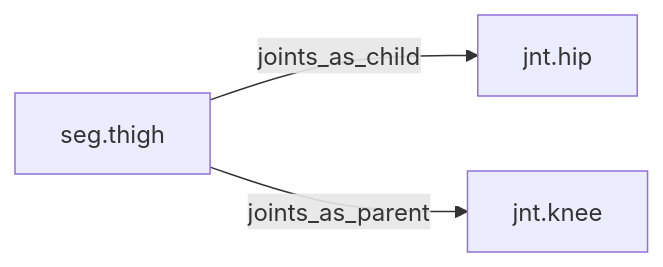
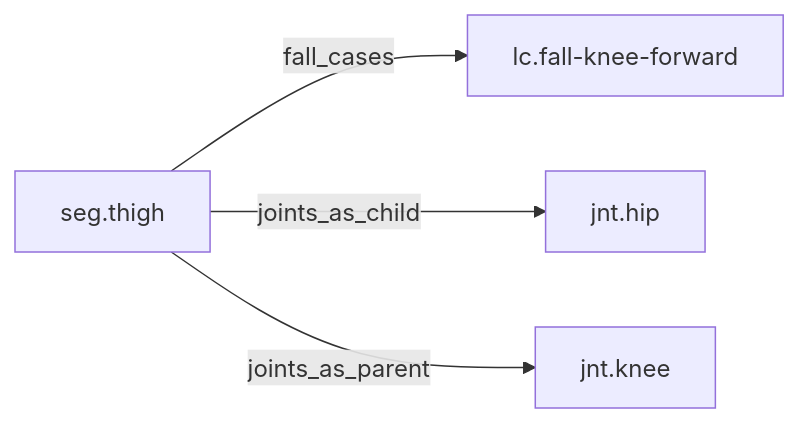
One commit to JoeCiampa3/freyja changed the diagram in thread/dossiers/seg.thigh.md. Above: the diagram before and after it, drawn with Mermaid. The commit also changed other lines of this file and 36 other files, not shown here.

````diff
--- a/thread/dossiers/seg.thigh.md
+++ b/thread/dossiers/seg.thigh.md
@@ -69,8 +69,10 @@
 ```mermaid
 graph LR
   n0["seg.thigh"]
   n1["jnt.hip"]
   n2["jnt.knee"]
+  n3["lc.fall-knee-forward"]
+  n0 -->|fall_cases| n3
   n0 -->|joints_as_child| n1
   n0 -->|joints_as_parent| n2
 ```
````
